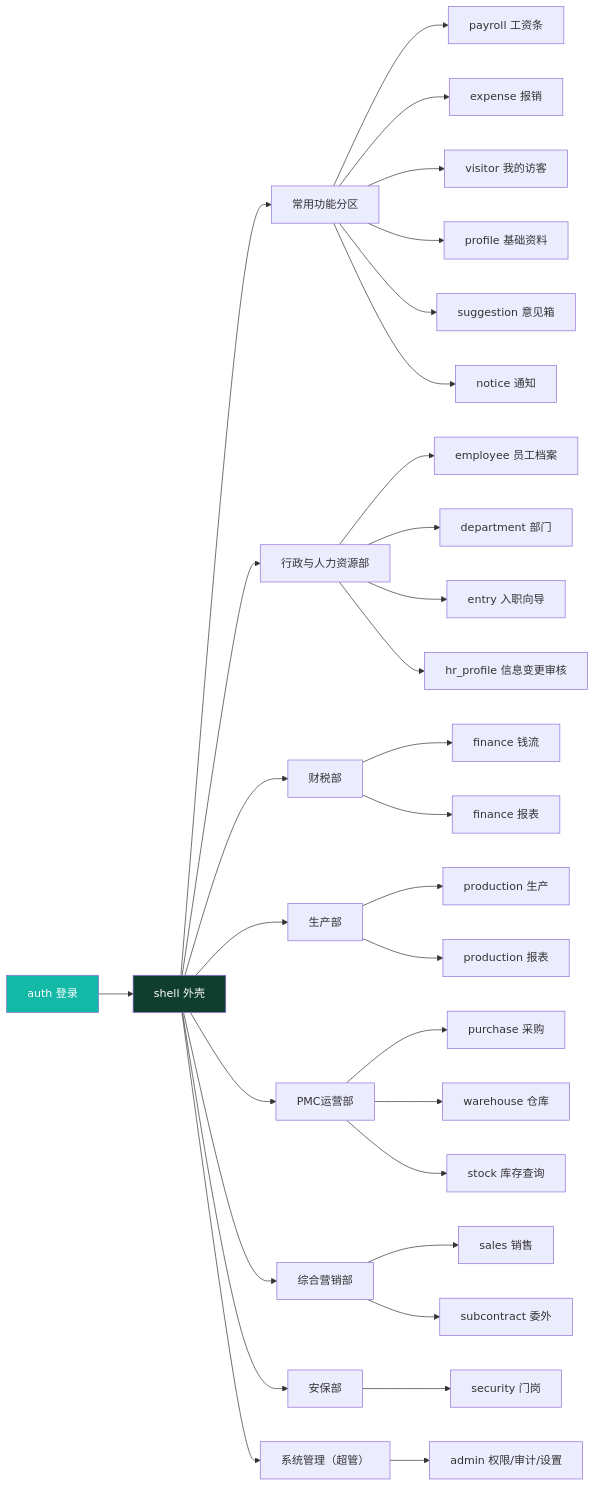
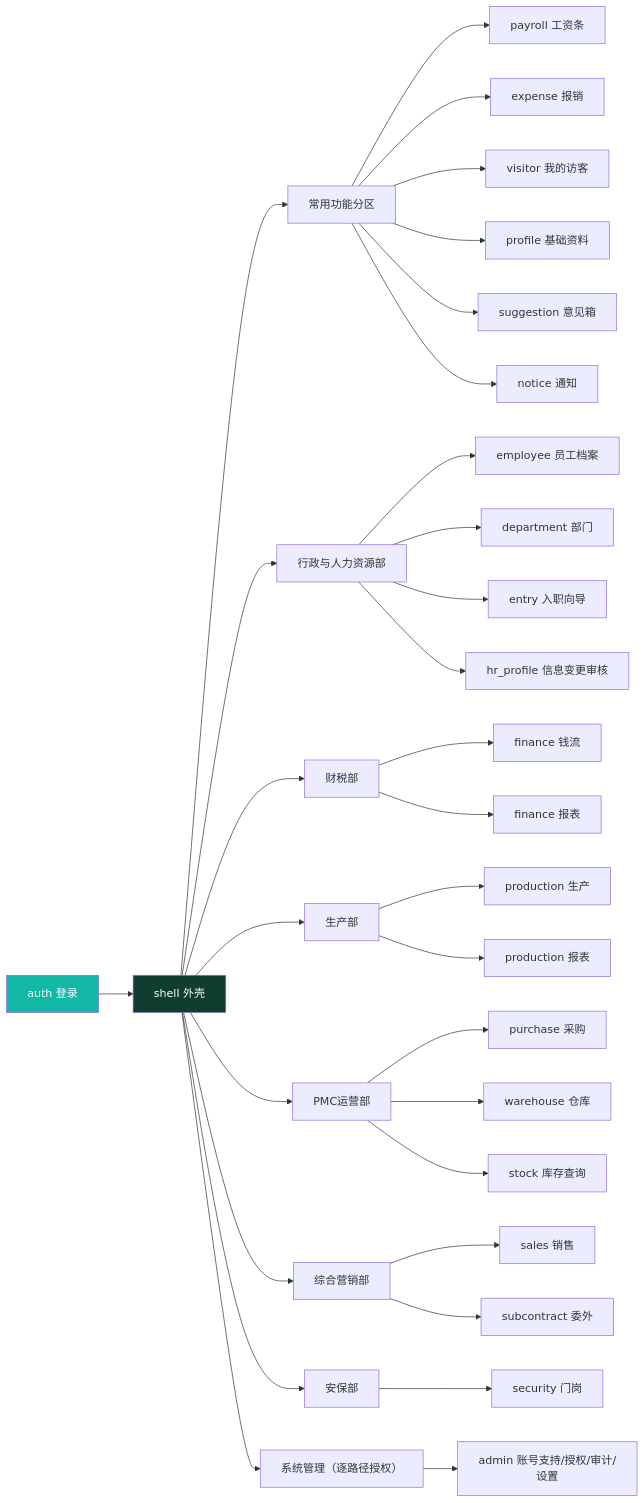
One commit to BruceChu0424/utenelec_imp changed the third of 4 diagrams in docs/05-架构/架构总览.md. Above: the diagram before and after it, drawn with Mermaid. The commit also changed other lines of this file and 252 other files, not shown here.

````diff
--- a/docs/05-架构/架构总览.md
+++ b/docs/05-架构/架构总览.md
@@ -186,43 +186,43 @@
 ```mermaid
 graph LR
     Auth[auth 登录] --> Shell[shell 外壳]
     Shell --> Common[常用功能分区]
     Common --> Payroll[payroll 工资条]
     Common --> Expense[expense 报销]
     Common --> Visitor[visitor 我的访客]
     Common --> Profile[profile 基础资料]
     Common --> Suggestion[suggestion 意见箱]
     Common --> Notice[notice 通知]
 
     Shell --> HR[行政与人力资源部]
     HR --> Employee[employee 员工档案]
     HR --> Department[department 部门]
     HR --> Entry[entry 入职向导]
     HR --> HrProfile[hr_profile 信息变更审核]
 
     Shell --> Fin[财税部]
     Fin --> Finance[finance 钱流]
     Fin --> FinanceReport[finance 报表]
 
     Shell --> Prod[生产部]
     Prod --> Production[production 生产]
     Prod --> ProductionReport[production 报表]
 
     Shell --> Pmc[PMC运营部]
     Pmc --> Purchase[purchase 采购]
     Pmc --> Warehouse[warehouse 仓库]
     Pmc --> Stock[stock 库存查询]
 
     Shell --> Sales[综合营销部]
     Sales --> SalesMod[sales 销售]
     Sales --> Subcontract[subcontract 委外]
 
     Shell --> Security[安保部]
     Security --> SecurityScan[security 门岗]
 
-    Shell --> System[系统管理（超管）]
-    System --> Admin[admin 权限/审计/设置]
+    Shell --> System[系统管理（逐路径授权）]
+    System --> Admin[admin 账号支持/授权/审计/设置]
 
     style Auth fill:#14B8A6,color:#fff
     style Shell fill:#0F3D2E,color:#fff
 ```
````
